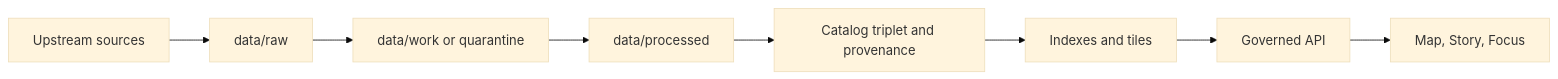
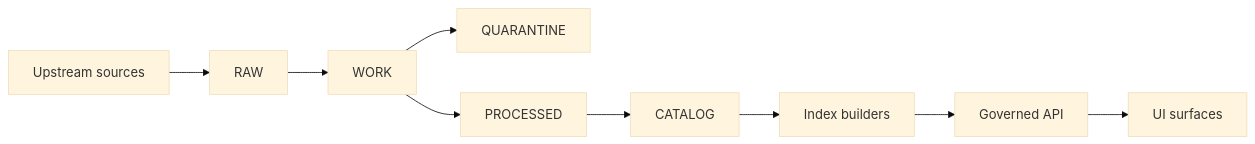
The diagram in data/raw/README.md (bartytime4life/Kansas-Frontier-Matrix), drawn with Mermaid (base theme) before and after one commit. The commit also changed other lines of this file, not shown here.

First line of the commit message:
Revise README.md for data/raw acquisition zone

````diff
--- a/data/raw/README.md
+++ b/data/raw/README.md
@@ -28,10 +83,11 @@
 ```mermaid
 flowchart LR
-  U[Upstream sources] --> R[data/raw]
-  R --> W[data/work or quarantine]
-  W --> P[data/processed]
-  P --> T[Catalog triplet and provenance]
-  T --> X[Indexes and tiles]
-  X --> A[Governed API]
-  A --> UI[Map, Story, Focus]
+  A[Upstream sources] --> B[RAW]
+  B --> C[WORK]
+  C --> D[QUARANTINE]
+  C --> E[PROCESSED]
+  E --> F[CATALOG]
+  F --> G[Index builders]
+  G --> H[Governed API]
+  H --> I[UI surfaces]
 ```
````
